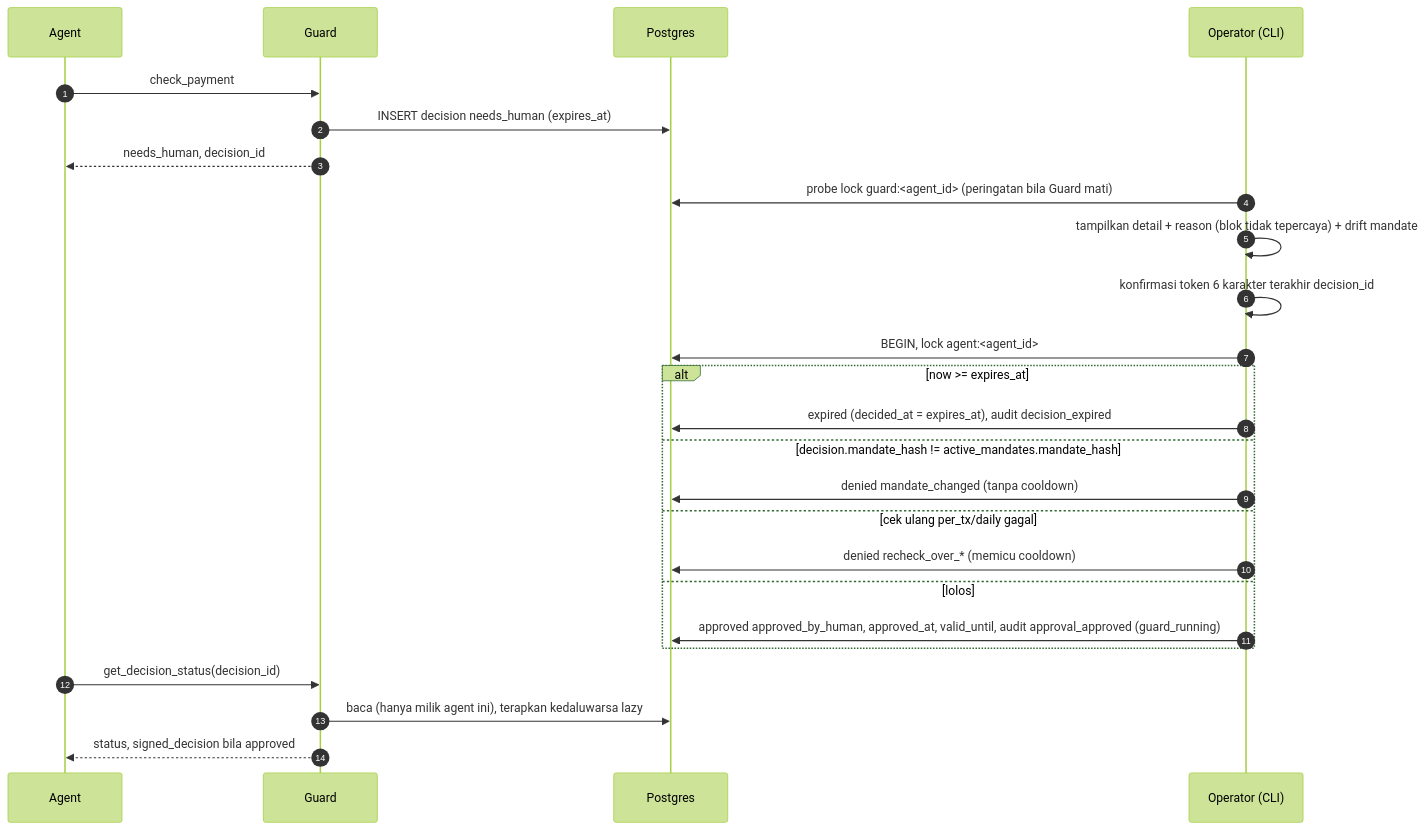
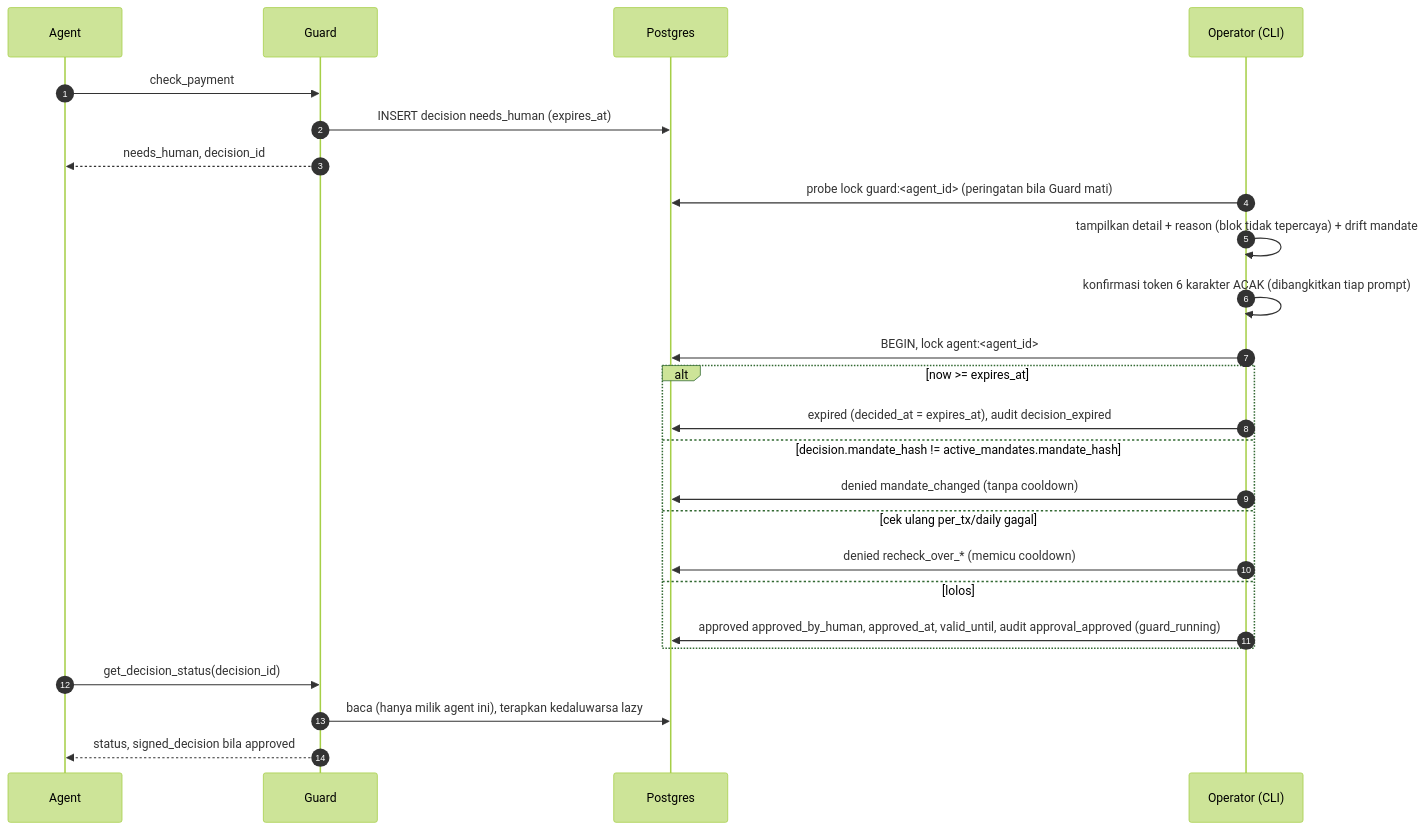
The second of 7 diagrams in docs/Architecture_v1.1.md (rizalcodes/payment-guard), drawn with Mermaid (forest theme) before and after one commit. The commit also changed other lines of this file and 32 other files, not shown here.

````diff
--- a/docs/Architecture_v1.1.md
+++ b/docs/Architecture_v1.1.md
@@ -249,27 +249,27 @@
 ```mermaid
 sequenceDiagram
   autonumber
   participant A as Agent
   participant G as Guard
   participant DB as Postgres
   participant H as Operator (CLI)
   A->>G: check_payment
   G->>DB: INSERT decision needs_human (expires_at)
   G-->>A: needs_human, decision_id
   H->>DB: probe lock guard:<agent_id> (peringatan bila Guard mati)
   H->>H: tampilkan detail + reason (blok tidak tepercaya) + drift mandate
-  H->>H: konfirmasi token 6 karakter terakhir decision_id
+  H->>H: konfirmasi token 6 karakter ACAK (dibangkitkan tiap prompt)
   H->>DB: BEGIN, lock agent:<agent_id>
   alt now >= expires_at
     H->>DB: expired (decided_at = expires_at), audit decision_expired
   else decision.mandate_hash != active_mandates.mandate_hash
     H->>DB: denied mandate_changed (tanpa cooldown)
   else cek ulang per_tx/daily gagal
     H->>DB: denied recheck_over_* (memicu cooldown)
   else lolos
     H->>DB: approved approved_by_human, approved_at, valid_until, audit approval_approved (guard_running)
   end
   A->>G: get_decision_status(decision_id)
   G->>DB: baca (hanya milik agent ini), terapkan kedaluwarsa lazy
   G-->>A: status, signed_decision bila approved
 ```
````
